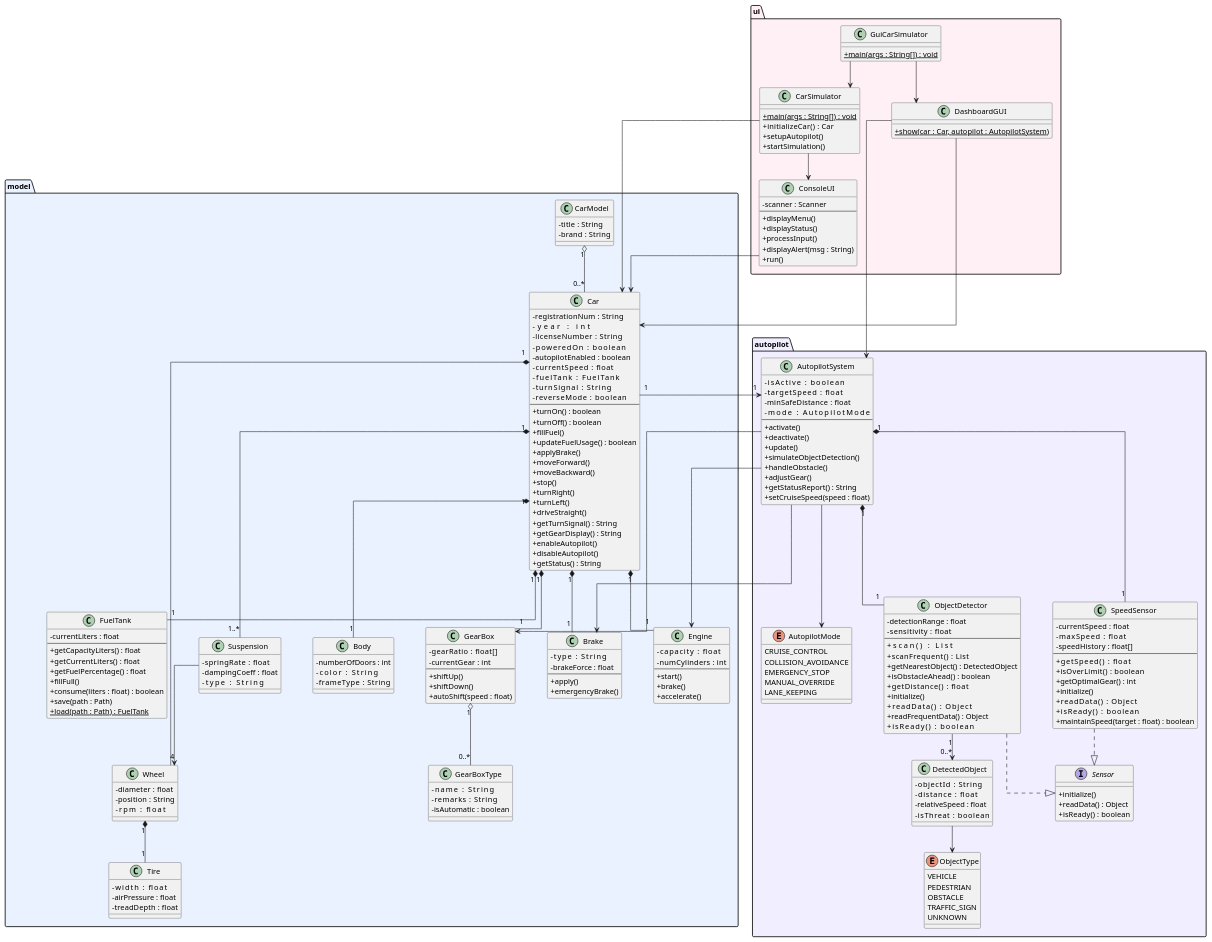
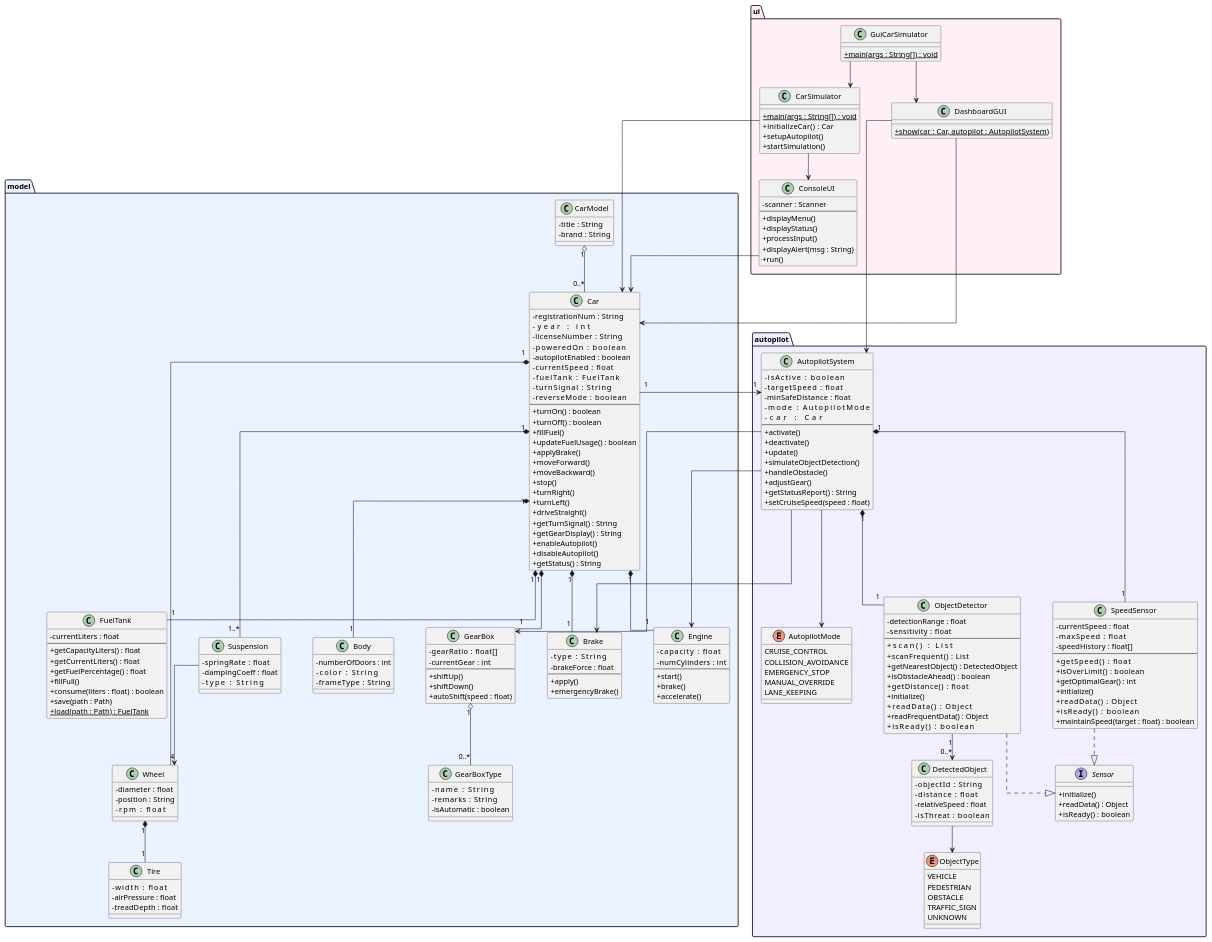
Before and after one commit to Musya351/OOP1: the diagram in diagramClass/ClassDiagram.wsd, drawn with PlantUML. The commit also changed 9 other files, not shown here.

```diff
--- a/diagramClass/ClassDiagram.wsd
+++ b/diagramClass/ClassDiagram.wsd
@@ -117,6 +117,7 @@
     - targetSpeed       : float
     - minSafeDistance   : float
     - mode              : AutopilotMode
+    - car               : Car
     --
     + activate()
     + deactivate()
```
